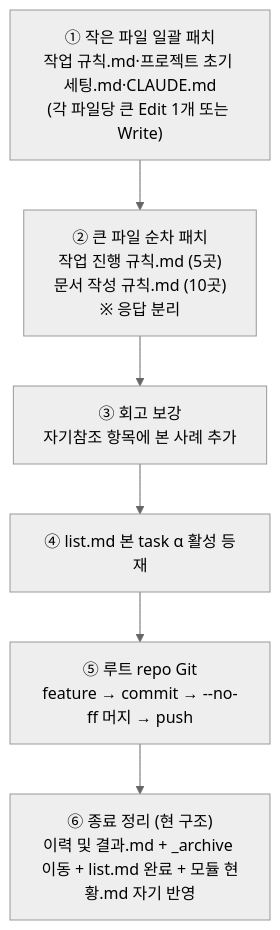
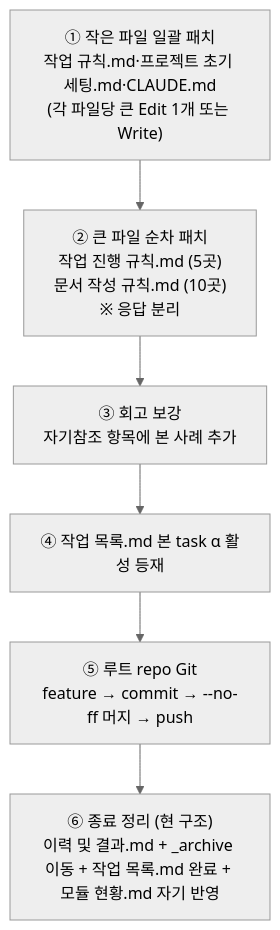
The first of 2 diagrams in docs/tasks/meta/20260515_docs-structure-redesign/계획.md (eskim-todoc/claude), drawn with Mermaid (neutral theme) before and after one commit. The commit also changed other lines of this file and 53 other files, not shown here.

````diff
--- a/docs/tasks/meta/20260515_docs-structure-redesign/계획.md
+++ b/docs/tasks/meta/20260515_docs-structure-redesign/계획.md
@@ -15,9 +15,9 @@
 ```mermaid
 flowchart TD
     A["① 작은 파일 일괄 패치<br/>작업 규칙.md·프로젝트 초기 세팅.md·CLAUDE.md<br/>(각 파일당 큰 Edit 1개 또는 Write)"] --> B
     B["② 큰 파일 순차 패치<br/>작업 진행 규칙.md (5곳)<br/>문서 작성 규칙.md (10곳)<br/>※ 응답 분리"]
     B --> C["③ 회고 보강<br/>자기참조 항목에 본 사례 추가"]
-    C --> D["④ list.md 본 task α 활성 등재"]
+    C --> D["④ 작업 목록.md 본 task α 활성 등재"]
     D --> E["⑤ 루트 repo Git<br/>feature → commit → --no-ff 머지 → push"]
-    E --> F["⑥ 종료 정리 (현 구조)<br/>이력 및 결과.md + _archive 이동 + list.md 완료 + 모듈 현황.md 자기 반영"]
+    E --> F["⑥ 종료 정리 (현 구조)<br/>이력 및 결과.md + _archive 이동 + 작업 목록.md 완료 + 모듈 현황.md 자기 반영"]
 ```
````
